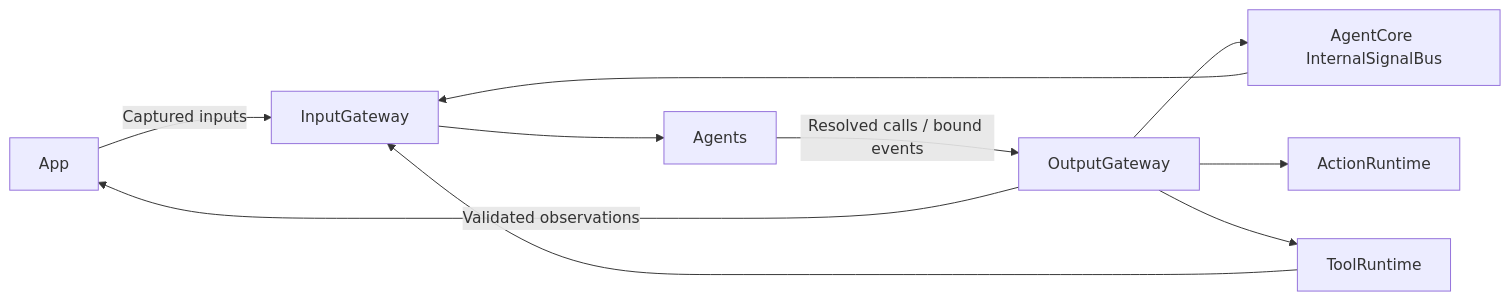
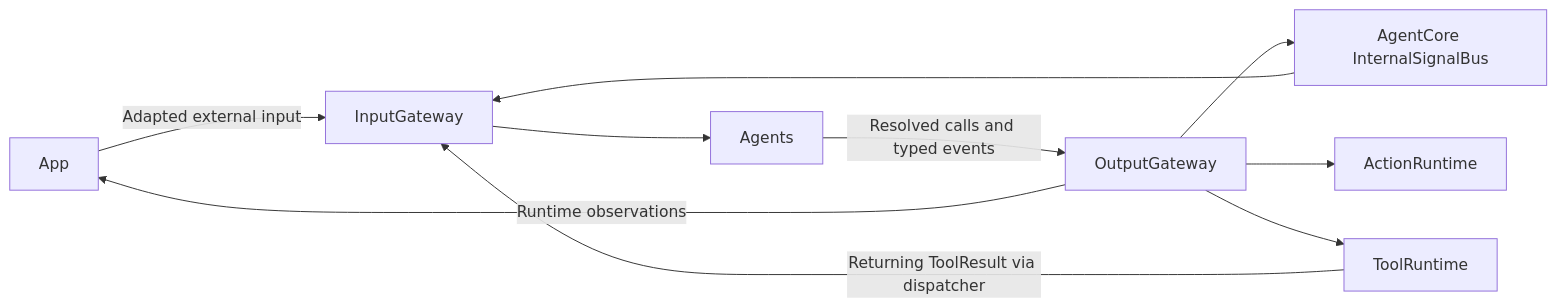
Before and after one commit to devilyouwei/MobileHarness: the first of 2 diagrams in MobileHarness/Gateway/README.md, drawn with Mermaid. The commit also changed other lines of this file and 53 other files, not shown here.

````diff
--- a/MobileHarness/Gateway/README.md
+++ b/MobileHarness/Gateway/README.md
@@ -9,12 +24,12 @@
 ```mermaid
 flowchart LR
-    App -->|Captured inputs| InputGateway
-    InputGateway --> Agents
-    Agents -->|Resolved calls / bound events| OutputGateway
-    OutputGateway --> Bus[AgentCore InternalSignalBus]
-    Bus --> InputGateway
-    OutputGateway --> ActionRuntime
-    OutputGateway --> ToolRuntime
-    ToolRuntime --> InputGateway
-    OutputGateway -->|Validated observations| App
+    App -->|Adapted external input| Input[InputGateway]
+    Input --> Agents
+    Agents -->|Resolved calls and typed events| Output[OutputGateway]
+    Output --> Bus[AgentCore InternalSignalBus]
+    Bus --> Input
+    Output --> ActionRuntime
+    Output --> ToolRuntime
+    ToolRuntime -->|Returning ToolResult via dispatcher| Input
+    Output -->|Runtime observations| App
 ```
````
